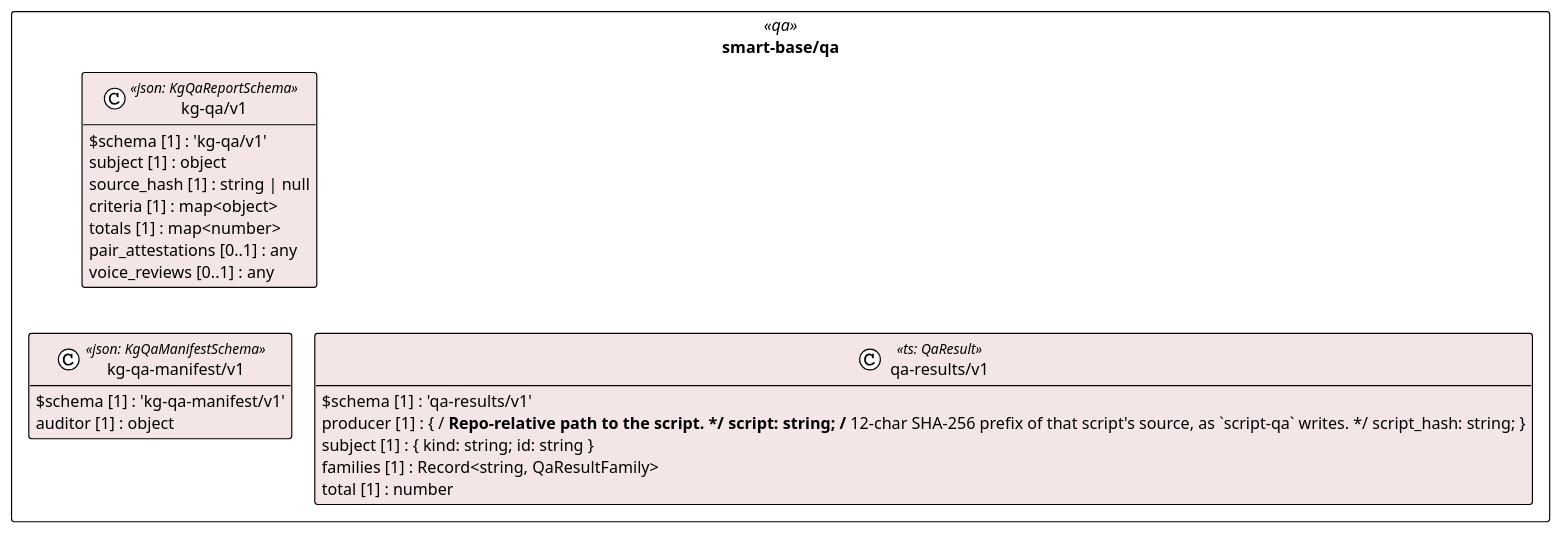
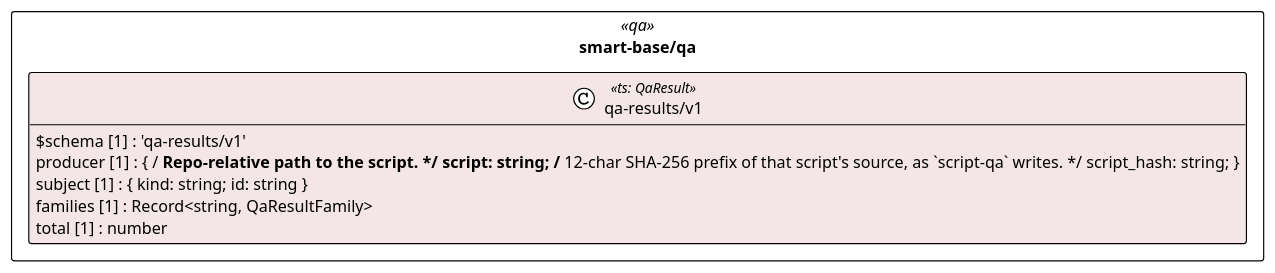
The diagram in uml/overview/smart-base/qa.puml (litlfred/cat-harness), drawn with PlantUML before and after one commit. The commit also changed 406 other files, not shown here.

```diff
--- a/uml/overview/smart-base/qa.puml
+++ b/uml/overview/smart-base/qa.puml
@@ -3,32 +3,19 @@
 @startuml smart_base_qa
 !pragma layout elk
 !theme plain
 skinparam classAttributeIconSize 0
 skinparam shadowing false
 skinparam packageStyle rectangle
 hide empty methods
 
 package "smart-base/qa" as pkg_smart_base_qa <<qa>> {
-  class "kg-qa/v1" as smart_base_qa_kg_qa_v1_kg_qa_v1 <<json: KgQaReportSchema>> #f4e6e6 {
-    $schema [1] : 'kg-qa/v1'
-    subject [1] : object
-    source_hash [1] : string | null
-    criteria [1] : map<object>
-    totals [1] : map<number>
-    pair_attestations [0..1] : any
-    voice_reviews [0..1] : any
-  }
-  class "kg-qa-manifest/v1" as smart_base_qa_kg_qa_manifest_v1_kg_qa_manifest_v1 <<json: KgQaManifestSchema>> #f4e6e6 {
-    $schema [1] : 'kg-qa-manifest/v1'
-    auditor [1] : object
-  }
   class "qa-results/v1" as smart_base_qa_qa_results_v1 <<ts: QaResult>> #f4e6e6 {
     $schema [1] : 'qa-results/v1'
     producer [1] : { /** Repo-relative path to the script. */ script: string; /** 12-char SHA-256 prefix of that script's source, as `script-qa` writes. */ script_hash: string; }
     subject [1] : { kind: string; id: string }
     families [1] : Record<string, QaResultFamily>
     total [1] : number
   }
 }
 
 @enduml
```
